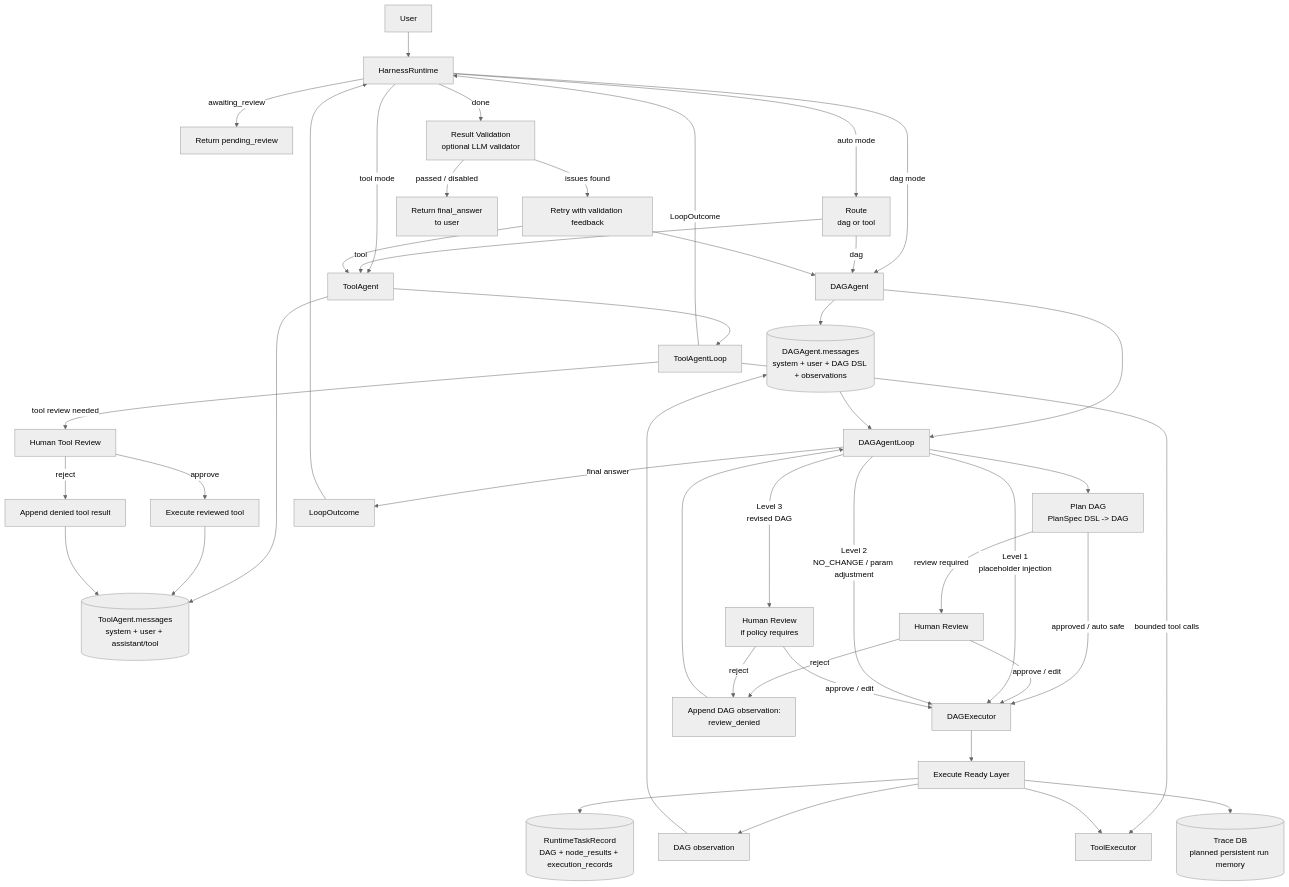
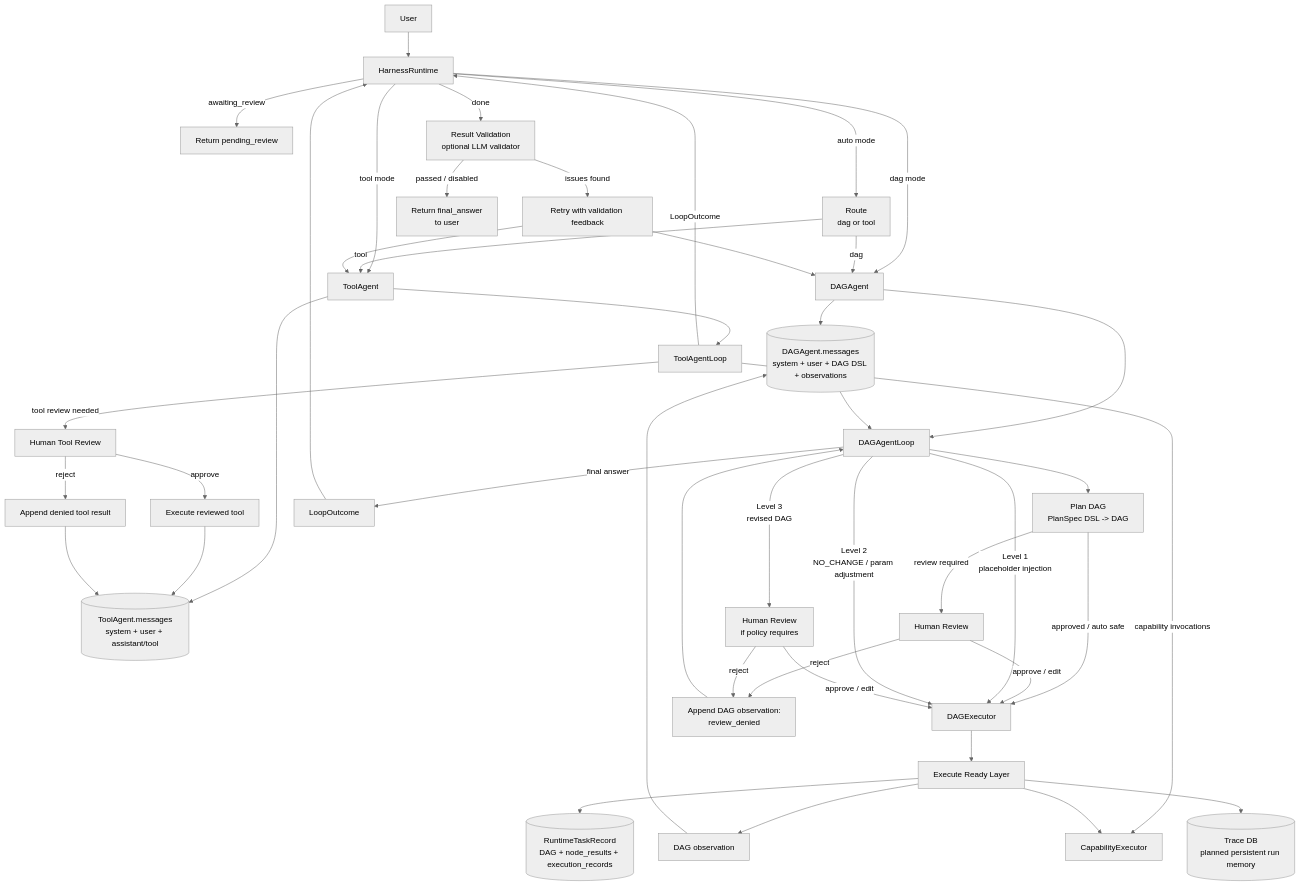
Before and after one commit to RobotSe7en/dagent: the diagram in README.md, drawn with Mermaid (neutral theme). The commit also changed other lines of this file and 37 other files, not shown here.

````diff
--- a/README.md
+++ b/README.md
@@ -62,52 +62,52 @@
 ```mermaid
 flowchart TD
   U["User"] --> R["HarnessRuntime"]
   R -->|"auto mode"| ROUTE["Route\ndag or tool"]
   R -->|"tool mode"| TA["ToolAgent"]
   R -->|"dag mode"| DA["DAGAgent"]
 
   ROUTE -->|"tool"| TA
   ROUTE -->|"dag"| DA
 
   TA --> TM[("ToolAgent.messages\nsystem + user + assistant/tool")]
   TA --> TAL["ToolAgentLoop"]
-  TAL -->|"bounded tool calls"| T["ToolExecutor"]
+  TAL -->|"capability invocations"| T["CapabilityExecutor"]
   TAL -->|"tool review needed"| TRV["Human Tool Review"]
   TRV -->|"approve"| TEX["Execute reviewed tool"]
   TRV -->|"reject"| TDENY["Append denied tool result"]
   TEX --> TM
   TDENY --> TM
   TAL -->|"LoopOutcome"| R
 
   DA --> DM[("DAGAgent.messages\nsystem + user + DAG DSL + observations")]
   DA --> DAL["DAGAgentLoop"]
   DAL --> D["Plan DAG\nPlanSpec DSL -> DAG"]
 
   D -->|"review required"| UI["Human Review"]
   D -->|"approved / auto safe"| E["DAGExecutor"]
   UI -->|"approve / edit"| E
   UI -->|"reject"| DENY["Append DAG observation:\nreview_denied"]
   DENY --> DAL
 
   E --> N["Execute Ready Layer"]
   N --> T
   N --> ER[("RuntimeTaskRecord\nDAG + node_results + execution_records")]
   N --> TR[("Trace DB\nplanned persistent run memory")]
   N --> OBS["DAG observation"]
   OBS --> DM
   DM --> DAL
   DAL -->|"Level 1\nplaceholder injection"| E
   DAL -->|"Level 2\nNO_CHANGE / param adjustment"| E
   DAL -->|"Level 3\nrevised DAG"| UI2["Human Review\nif policy requires"]
   UI2 -->|"approve / edit"| E
   UI2 -->|"reject"| DENY
   DAL -->|"final answer"| DR["LoopOutcome"]
   DR --> R
 
   R -->|"awaiting_review"| UIWAIT["Return pending_review"]
   R -->|"done"| V["Result Validation\noptional LLM validator"]
   V -->|"issues found"| RTRY["Retry with validation feedback"]
   RTRY --> TA
   RTRY --> DA
   V -->|"passed / disabled"| O["Return final_answer\nto user"]
 ```
````
